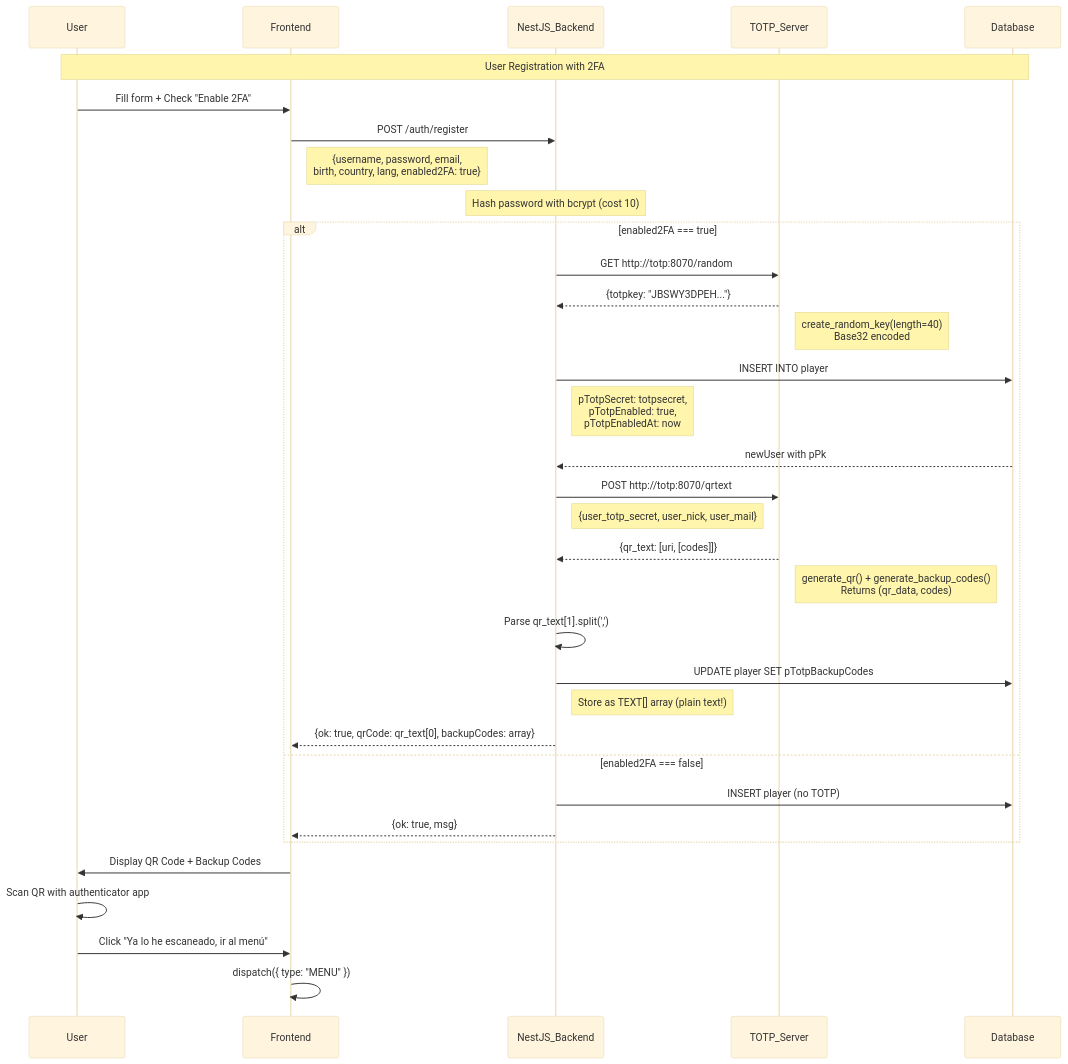
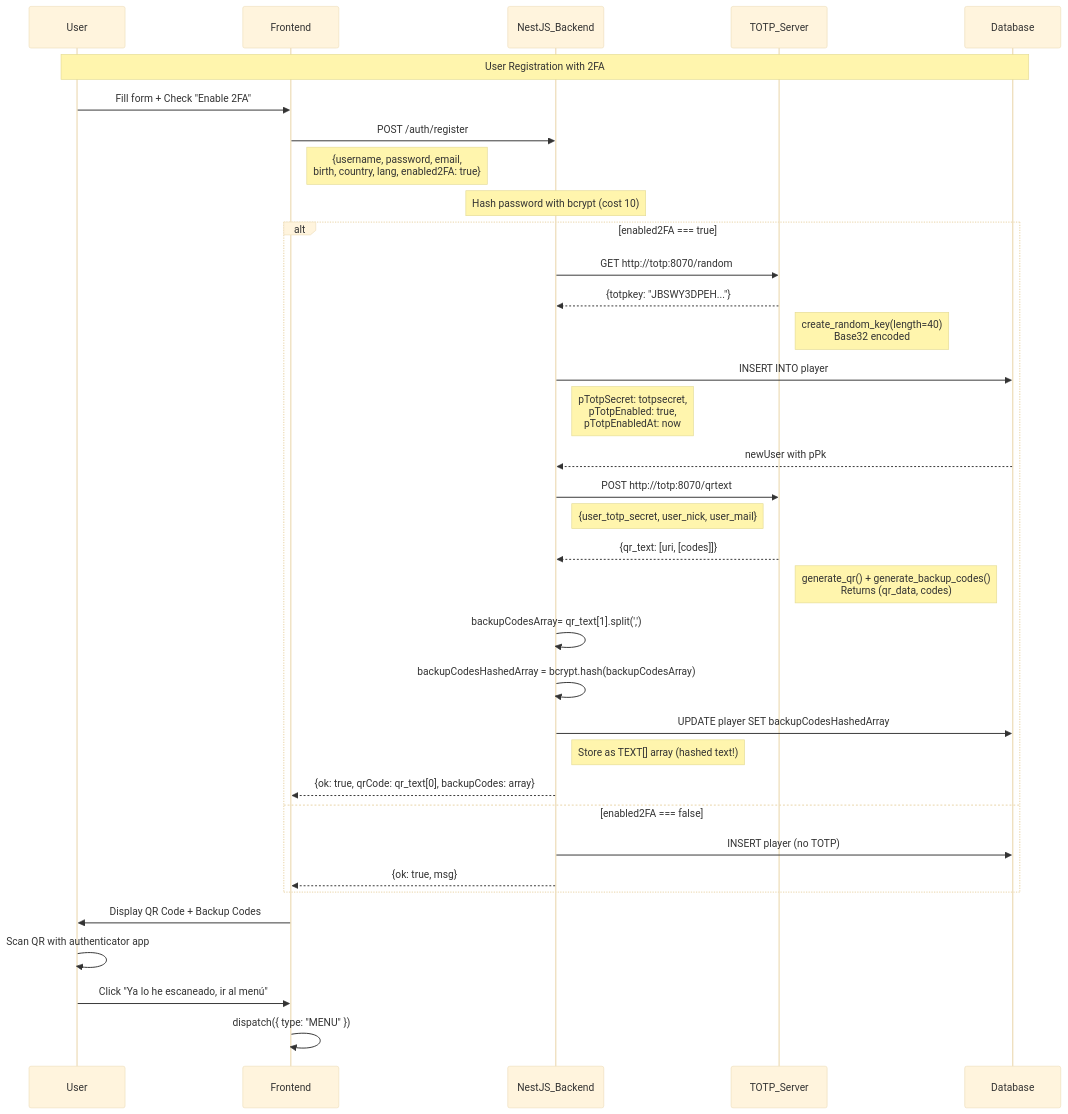
One commit to BlasLezo1741/TRANSCENDENCE changed the first of 2 diagrams in srcs/totp/doc/2FA_DOCUMENTATION.md. Above: the diagram before and after it, drawn with Mermaid (base theme). The commit also changed other lines of this file and 9 other files, not shown here.

````diff
--- a/srcs/totp/doc/2FA_DOCUMENTATION.md
+++ b/srcs/totp/doc/2FA_DOCUMENTATION.md
@@ -58,45 +58,46 @@
 ```mermaid
 sequenceDiagram
     participant User
     participant Frontend
     participant NestJS_Backend
     participant TOTP_Server
     participant Database
 
     Note over User, Database: User Registration with 2FA
 
     User->>Frontend: Fill form + Check "Enable 2FA"
     Frontend->>NestJS_Backend: POST /auth/register
     Note right of Frontend: {username, password, email,<br/>birth, country, lang, enabled2FA: true}
     
     Note over NestJS_Backend: Hash password with bcrypt (cost 10)
     
     alt enabled2FA === true
         NestJS_Backend->>TOTP_Server: GET http://totp:8070/random
         TOTP_Server-->>NestJS_Backend: {totpkey: "JBSWY3DPEH..."}
         Note right of TOTP_Server: create_random_key(length=40)<br/>Base32 encoded
         
         NestJS_Backend->>Database: INSERT INTO player
         Note right of NestJS_Backend: pTotpSecret: totpsecret,<br/>pTotpEnabled: true,<br/>pTotpEnabledAt: now
         Database-->>NestJS_Backend: newUser with pPk
         
         NestJS_Backend->>TOTP_Server: POST http://totp:8070/qrtext
         Note right of NestJS_Backend: {user_totp_secret, user_nick, user_mail}
         TOTP_Server-->>NestJS_Backend: {qr_text: [uri, [codes]]}
         Note right of TOTP_Server: generate_qr() + generate_backup_codes()<br/>Returns (qr_data, codes)
         
-        NestJS_Backend->>NestJS_Backend: Parse qr_text[1].split(',')
-        NestJS_Backend->>Database: UPDATE player SET pTotpBackupCodes
-        Note right of NestJS_Backend: Store as TEXT[] array (plain text!)
+        NestJS_Backend->>NestJS_Backend: backupCodesArray= qr_text[1].split(',')
+        NestJS_Backend->>NestJS_Backend: backupCodesHashedArray = bcrypt.hash(backupCodesArray)
+        NestJS_Backend->>Database: UPDATE player SET backupCodesHashedArray
+        Note right of NestJS_Backend: Store as TEXT[] array (hashed text!)
         
         NestJS_Backend-->>Frontend: {ok: true, qrCode: qr_text[0], backupCodes: array}
     else enabled2FA === false
         NestJS_Backend->>Database: INSERT player (no TOTP)
         NestJS_Backend-->>Frontend: {ok: true, msg}
     end
     
     Frontend->>User: Display QR Code + Backup Codes
     User->>User: Scan QR with authenticator app
     User->>Frontend: Click "Ya lo he escaneado, ir al menú"
     Frontend->>Frontend: dispatch({ type: "MENU" })
 ```
````
